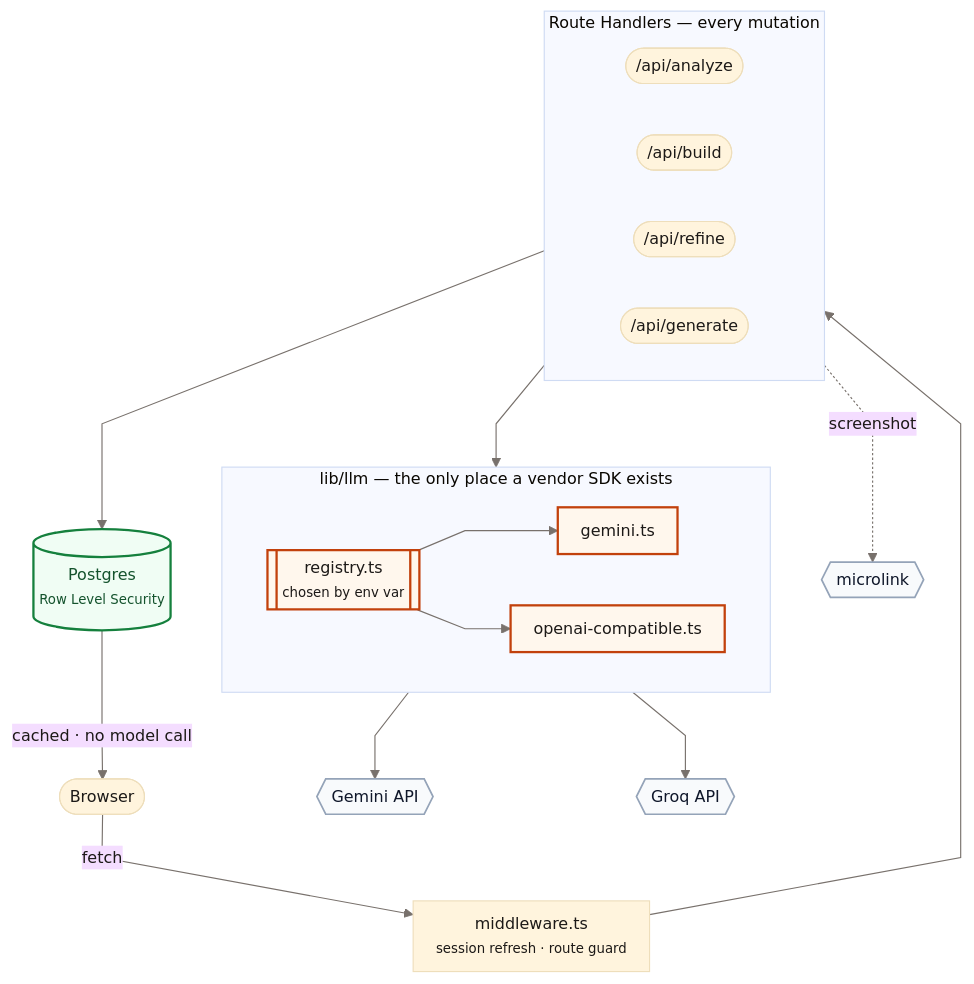
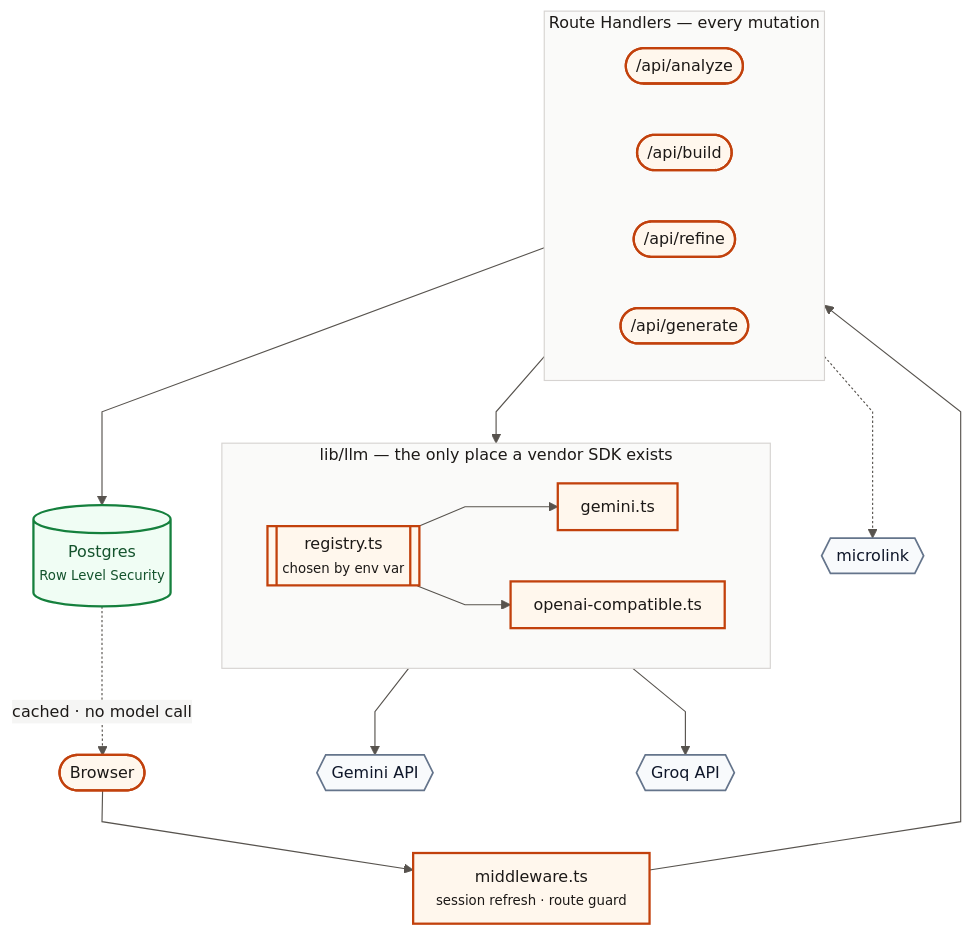
The first of 7 diagrams in README.md (Rounak7721/ReForge), drawn with Mermaid before and after one commit. The commit also changed other lines of this file and 5 other files, not shown here.

First line of the commit message:
docs: pin every diagram's theme, and give the line types one meaning

````diff
--- a/README.md
+++ b/README.md
@@ -90,42 +90,47 @@
 ```mermaid
-%%{init: {'theme':'base','themeVariables':{'fontFamily':'ui-sans-serif, system-ui, sans-serif','fontSize':'14px','lineColor':'#78716c','primaryTextColor':'#1c1917'},'flowchart':{'curve':'linear','nodeSpacing':45,'rankSpacing':55,'padding':10}}}%%
+%%{init: {'theme':'base','themeVariables':{'fontFamily':'ui-sans-serif, system-ui, -apple-system, sans-serif','fontSize':'14px','textColor':'#1c1917','primaryTextColor':'#1c1917','secondaryTextColor':'#1c1917','tertiaryTextColor':'#1c1917','nodeTextColor':'#1c1917','titleColor':'#1c1917','lineColor':'#57534e','mainBkg':'#ffffff','nodeBorder':'#57534e','background':'#ffffff','clusterBkg':'#fafaf9','clusterBorder':'#d6d3d1','edgeLabelBackground':'#f5f5f4','primaryColor':'#ffffff','primaryBorderColor':'#57534e','secondaryColor':'#fafaf9','tertiaryColor':'#f5f5f4'},'flowchart':{'curve':'linear','nodeSpacing':45,'rankSpacing':55,'padding':10,'htmlLabels':true}}}%%
 flowchart TB
     U(["Browser"])
     MW["middleware.ts<br/><small>session refresh · route guard</small>"]
 
     subgraph RH["Route Handlers — every mutation"]
         direction LR
         AN(["/api/analyze"])
         BU(["/api/build"])
         RE(["/api/refine"])
         GE(["/api/generate"])
     end
 
     subgraph LLM["lib/llm — the only place a vendor SDK exists"]
         direction LR
         REG[["registry.ts<br/><small>chosen by env var</small>"]]
-        PG1["gemini.ts"]
-        PG2["openai-compatible.ts"]
+        PV1["gemini.ts"]
+        PV2["openai-compatible.ts"]
     end
 
     DB[("Postgres<br/><small>Row Level Security</small>")]
     GEM{{"Gemini API"}}
     GRQ{{"Groq API"}}
     SHOT{{"microlink"}}
 
-    U -->|fetch| MW
+    U --> MW
     MW --> RH
-    AN -.screenshot.-> SHOT
     RH --> REG
-    REG --> PG1 --> GEM
-    REG --> PG2 --> GRQ
+    REG --> PV1
+    REG --> PV2
+    PV1 --> GEM
+    PV2 --> GRQ
     RH --> DB
-    DB -->|"cached · no model call"| U
+    AN -.-> SHOT
+    DB -.->|"cached · no model call"| U
 
     classDef core fill:#fff7ed,stroke:#c2410c,stroke-width:2px,color:#1c1917
     classDef data fill:#f0fdf4,stroke:#15803d,stroke-width:2px,color:#14532d
-    classDef ext fill:#f8fafc,stroke:#94a3b8,stroke-width:1.5px,color:#0f172a
-    class REG,PG1,PG2 core
+    classDef ext fill:#f8fafc,stroke:#64748b,stroke-width:1.5px,color:#0f172a
+    classDef gate fill:#fffbeb,stroke:#b45309,stroke-width:2px,color:#78350f
+    classDef bad fill:#fef2f2,stroke:#b91c1c,stroke-width:2px,color:#7f1d1d
+    classDef good fill:#f0fdf4,stroke:#15803d,stroke-width:2px,color:#14532d
+    class U,MW,AN,BU,RE,GE,REG,PV1,PV2 core
     class DB data
     class GEM,GRQ,SHOT ext
 ```
````
